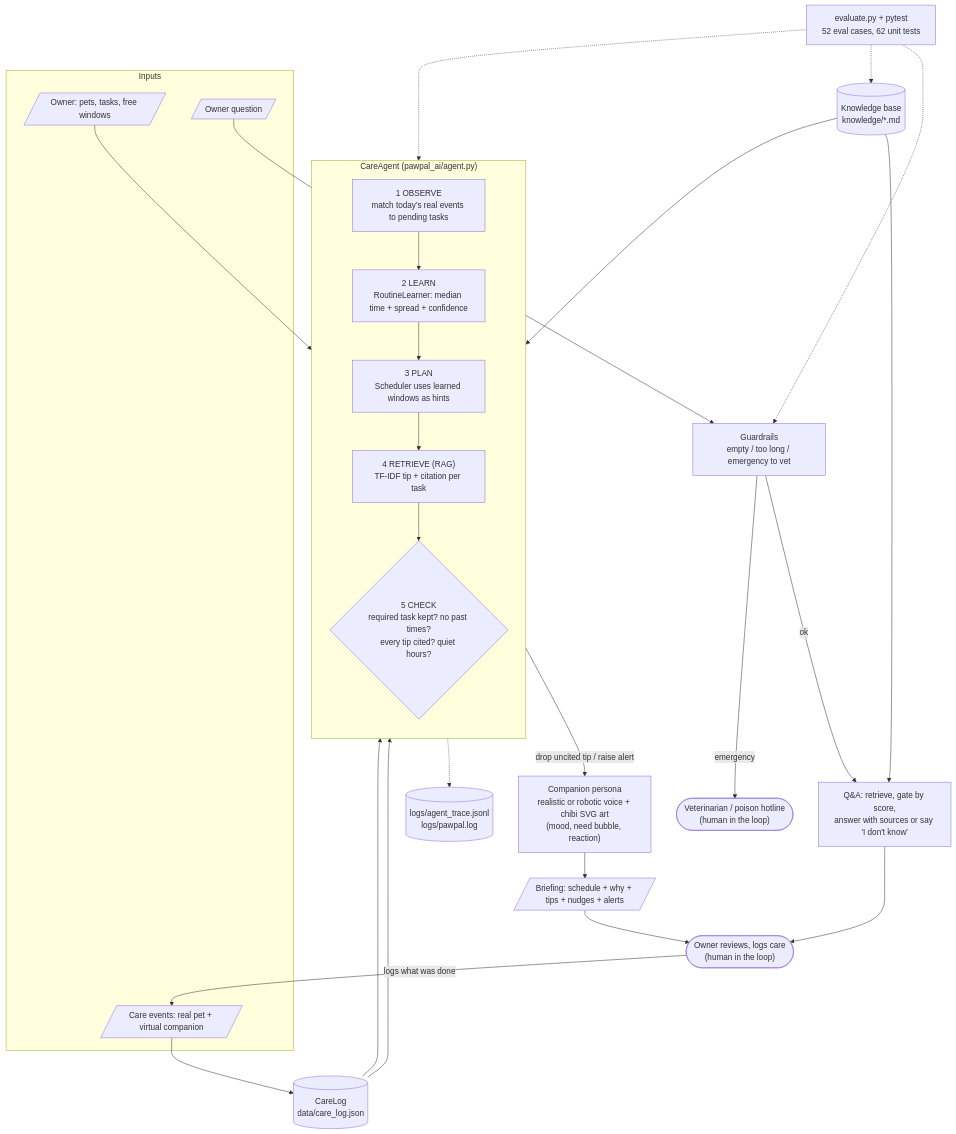
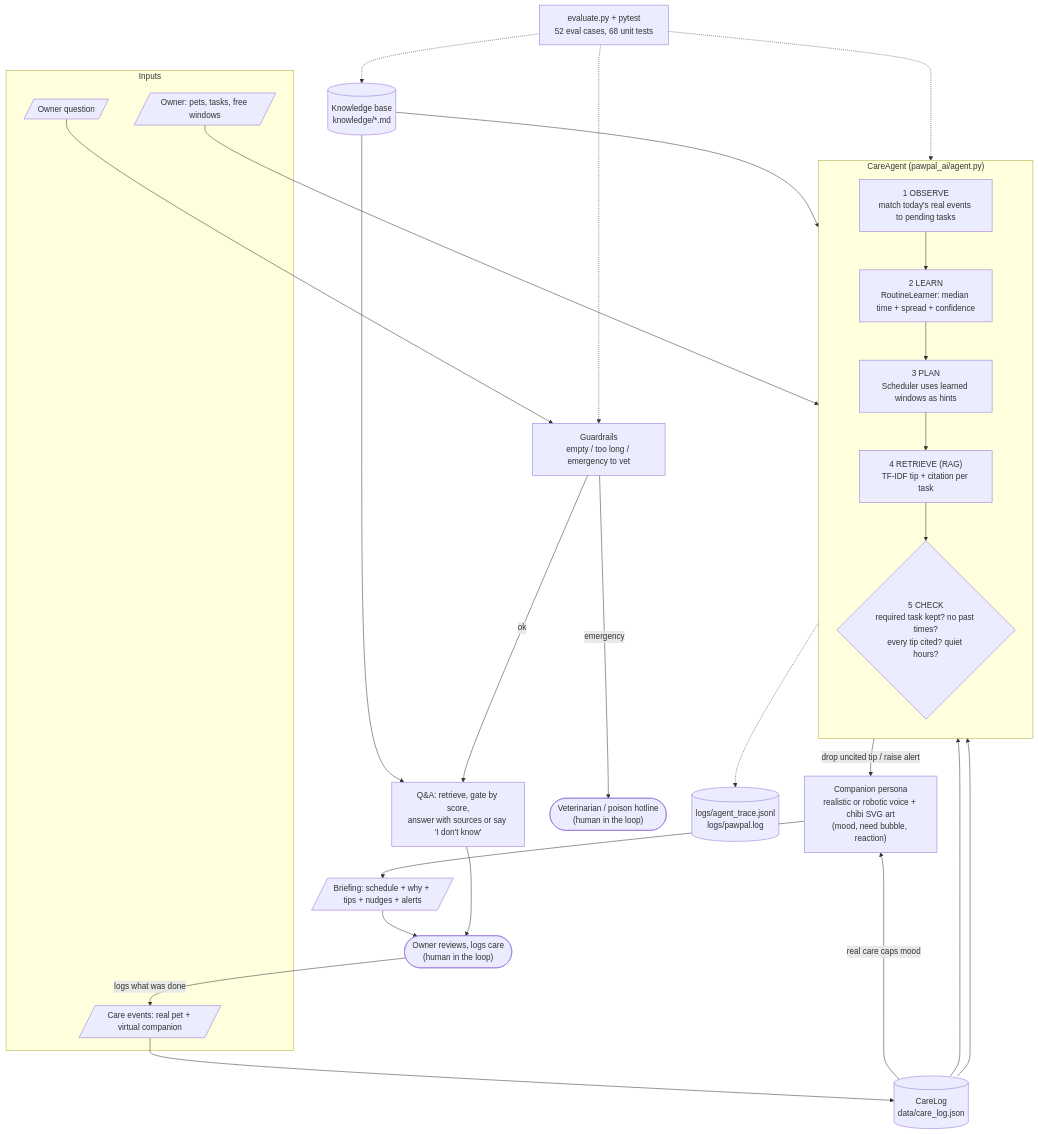
Before and after one commit to KJhenelle/applied-ai-system-project: the diagram in diagrams/architecture.mmd, drawn with Mermaid. The commit also changed 11 other files, not shown here.

Commit message:
Sync virtual pet to real pet care (capped mood) and fix duplicate-widget crash when selecting Mia

```diff
--- a/diagrams/architecture.mmd
+++ b/diagrams/architecture.mmd
@@ -1,45 +1,46 @@
 flowchart TD
     subgraph Inputs
         OWNER[/"Owner: pets, tasks, free windows"/]
         EVENTS[/"Care events: real pet + virtual companion"/]
         QUESTION[/"Owner question"/]
     end
 
     LOG[("CareLog<br/>data/care_log.json")]
     KB[("Knowledge base<br/>knowledge/*.md")]
 
     subgraph Agent["CareAgent  (pawpal_ai/agent.py)"]
         direction TB
         OBS["1 OBSERVE<br/>match today's real events to pending tasks"]
         LEARN["2 LEARN<br/>RoutineLearner: median time + spread + confidence"]
         PLAN["3 PLAN<br/>Scheduler uses learned windows as hints"]
         RET["4 RETRIEVE (RAG)<br/>TF-IDF tip + citation per task"]
         CHECK{"5 CHECK<br/>required task kept? no past times?<br/>every tip cited? quiet hours?"}
         OBS --> LEARN --> PLAN --> RET --> CHECK
     end
 
     GUARD["Guardrails<br/>empty / too long / emergency to vet"]
     ASK["Q&A: retrieve, gate by score,<br/>answer with sources or say 'I don't know'"]
 
     COMP["Companion persona<br/>realistic or robotic voice + chibi SVG art<br/>(mood, need bubble, reaction)"]
     OUT[/"Briefing: schedule + why + tips + nudges + alerts"/]
     VET(["Veterinarian / poison hotline<br/>(human in the loop)"])
     OWNERCHECK(["Owner reviews, logs care<br/>(human in the loop)"])
     TRACE[("logs/agent_trace.jsonl<br/>logs/pawpal.log")]
-    EVAL["evaluate.py + pytest<br/>52 eval cases, 62 unit tests"]
+    EVAL["evaluate.py + pytest<br/>52 eval cases, 68 unit tests"]
 
     OWNER --> OBS
     EVENTS --> LOG --> OBS
     LOG --> LEARN
     KB --> RET
     KB --> ASK
     QUESTION --> GUARD
     GUARD -- "ok" --> ASK
     GUARD -- "emergency" --> VET
+    LOG -- "real care caps mood" --> COMP
     CHECK -- "drop uncited tip / raise alert" --> COMP --> OUT --> OWNERCHECK
     ASK --> OWNERCHECK
     OWNERCHECK -- "logs what was done" --> EVENTS
     Agent -.-> TRACE
     EVAL -.-> Agent
     EVAL -.-> GUARD
     EVAL -.-> KB
```
